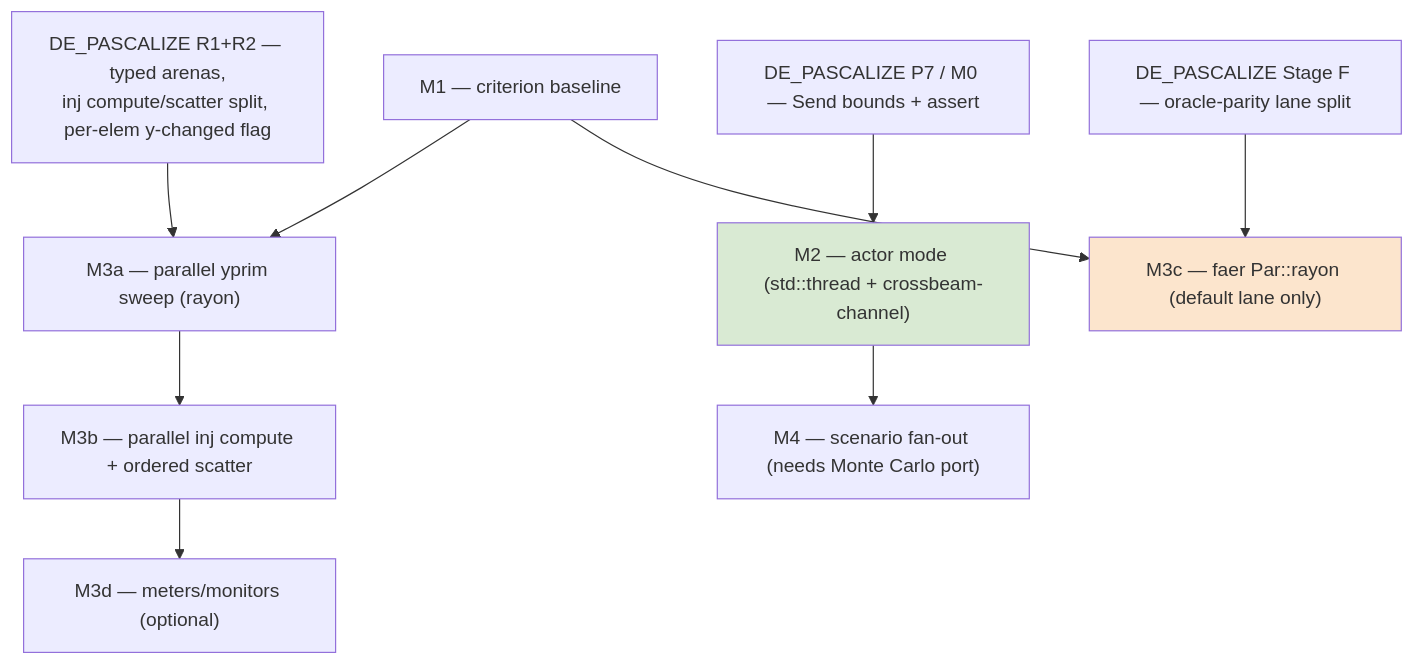
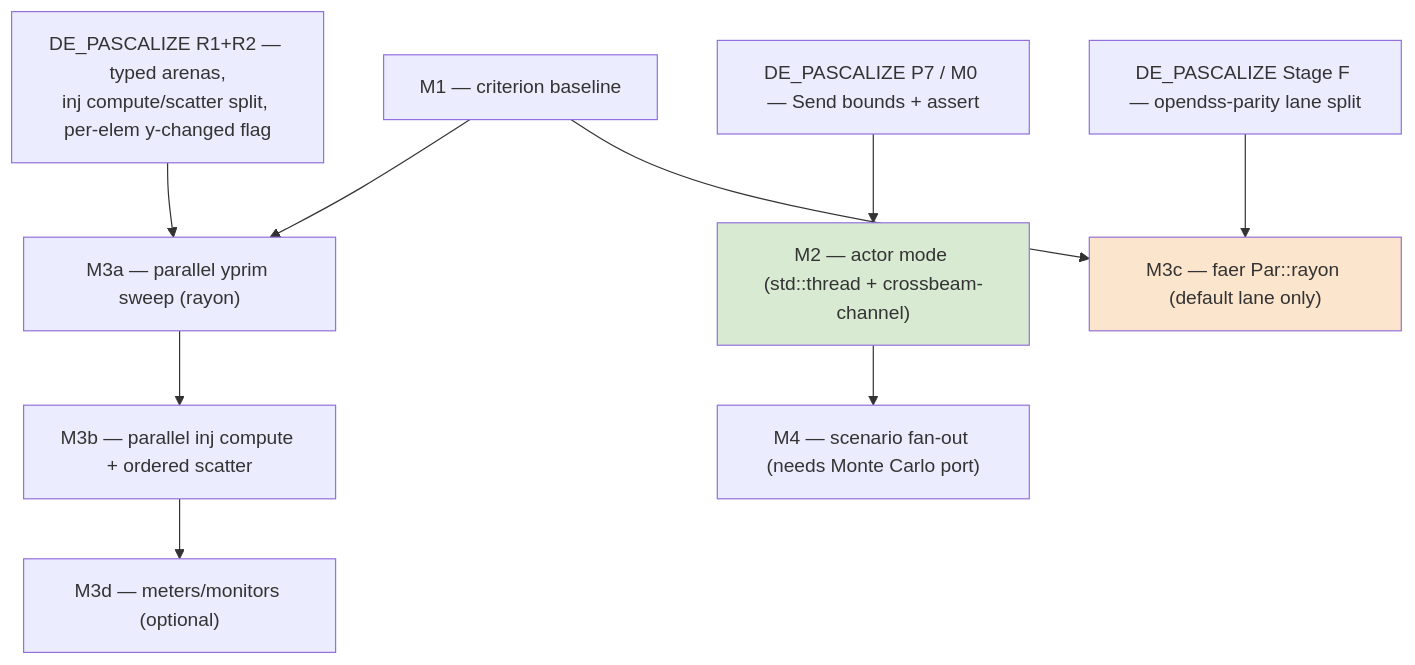
One commit to JustForFun88/dss-rs changed the diagram in MULTITHREADING_PLAN.md. Above: the diagram before and after it, drawn with Mermaid. The commit also changed other lines of this file and 64 other files, not shown here.

First line of the commit message:
One dss-compat crate switches the parity lane, the source-text rail tests go

````diff
--- a/MULTITHREADING_PLAN.md
+++ b/MULTITHREADING_PLAN.md
@@ -295,21 +295,21 @@
 ```mermaid
 graph TD
     P7["DE_PASCALIZE P7 / M0 — Send bounds + assert"]
     R2["DE_PASCALIZE R1+R2 — typed arenas,<br/>inj compute/scatter split, per-elem y-changed flag"]
-    F["DE_PASCALIZE Stage F — oracle-parity lane split"]
+    F["DE_PASCALIZE Stage F — opendss-parity lane split"]
     M1["M1 — criterion baseline"]
     M2["M2 — actor mode (std::thread + crossbeam-channel)"]
     M3a["M3a — parallel yprim sweep (rayon)"]
     M3b["M3b — parallel inj compute + ordered scatter"]
     M3c["M3c — faer Par::rayon (default lane only)"]
     M3d["M3d — meters/monitors (optional)"]
     M4["M4 — scenario fan-out (needs Monte Carlo port)"]
     P7 --> M2
     M1 --> M3a
     R2 --> M3a --> M3b --> M3d
     M1 --> M3c
     F --> M3c
     M2 --> M4
     style M2 fill:#d9ead3
     style M3c fill:#fce5cd
 ```
````
